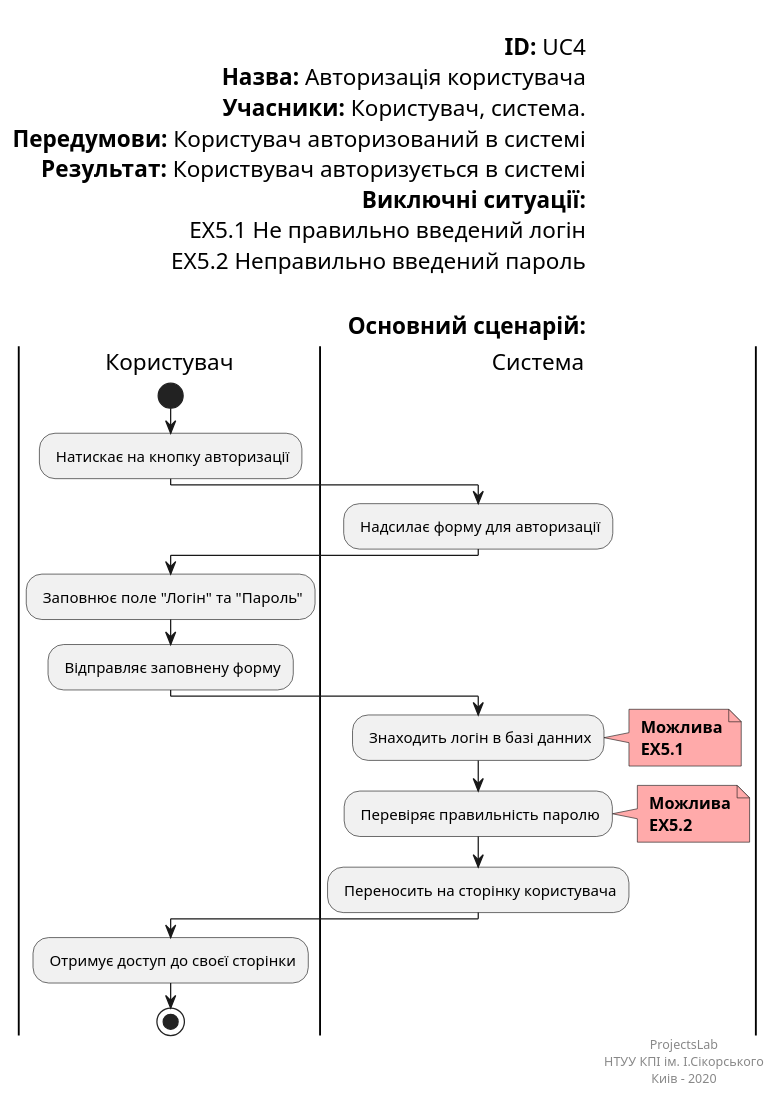
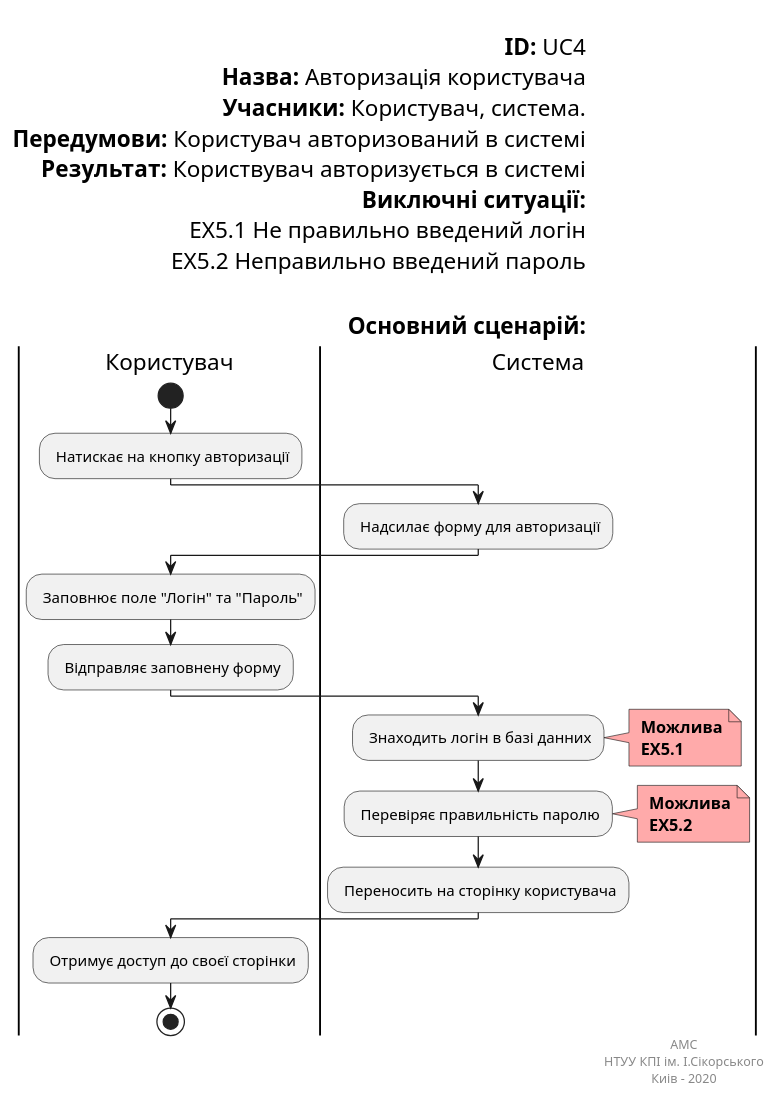
Before and after one commit to boldak/database_basics_template: the diagram in docs/use cases/Login.puml, drawn with PlantUML.

```diff
--- a/docs/use cases/Login.puml
+++ b/docs/use cases/Login.puml
@@ -1,56 +1,56 @@
 left header
 
         <font color=000 size=18><b>ID:</b> UC4
         <font color=000 size=18><b>Назва:</b> Авторизація користувача
         <font color=000 size=18><b>Учасники:</b> Користувач, система.
         <font color=000 size=18><b>Передумови:</b> Користувач авторизований в системі
         <font color=000 size=18><b>Результат:</b> Користвувач авторизується в системі
         <font color=000 size=18><b>Виключні ситуації:</b>
         <font color=000 size=18> EX5.1 Не правильно введений логін
         <font color=000 size=18> EX5.2 Неправильно введений пароль
 
 
         <font color=000 size=18><b>Основний сценарій:</b>
     end header
 
     |Користувач|
         start
         
         : Натискає на кнопку авторизації;
         
     |Система|
         
         : Надсилає форму для авторизації;
 
     |Користувач|
     
         : Заповнює поле "Логін" та "Пароль";
         : Відправляє заповнену форму;
         
     |Система|
     
         : Знаходить логін в базі данних;
          note right #ffaaaa
         <b> Можлива
         <b> EX5.1
         end note
         
         : Перевіряє правильність паролю; 
         note right #ffaaaa
         <b> Можлива
         <b> EX5.2
         end note
         
         : Переносить на сторінку користувача;
     
     |Користувач|
         
         : Отримує доступ до своєї сторінки;
         stop;
     
 right footer
-ProjectsLab
+AMC
 НТУУ КПІ ім. І.Сікорського
 Киів - 2020
 end footer
 @enduml
```
